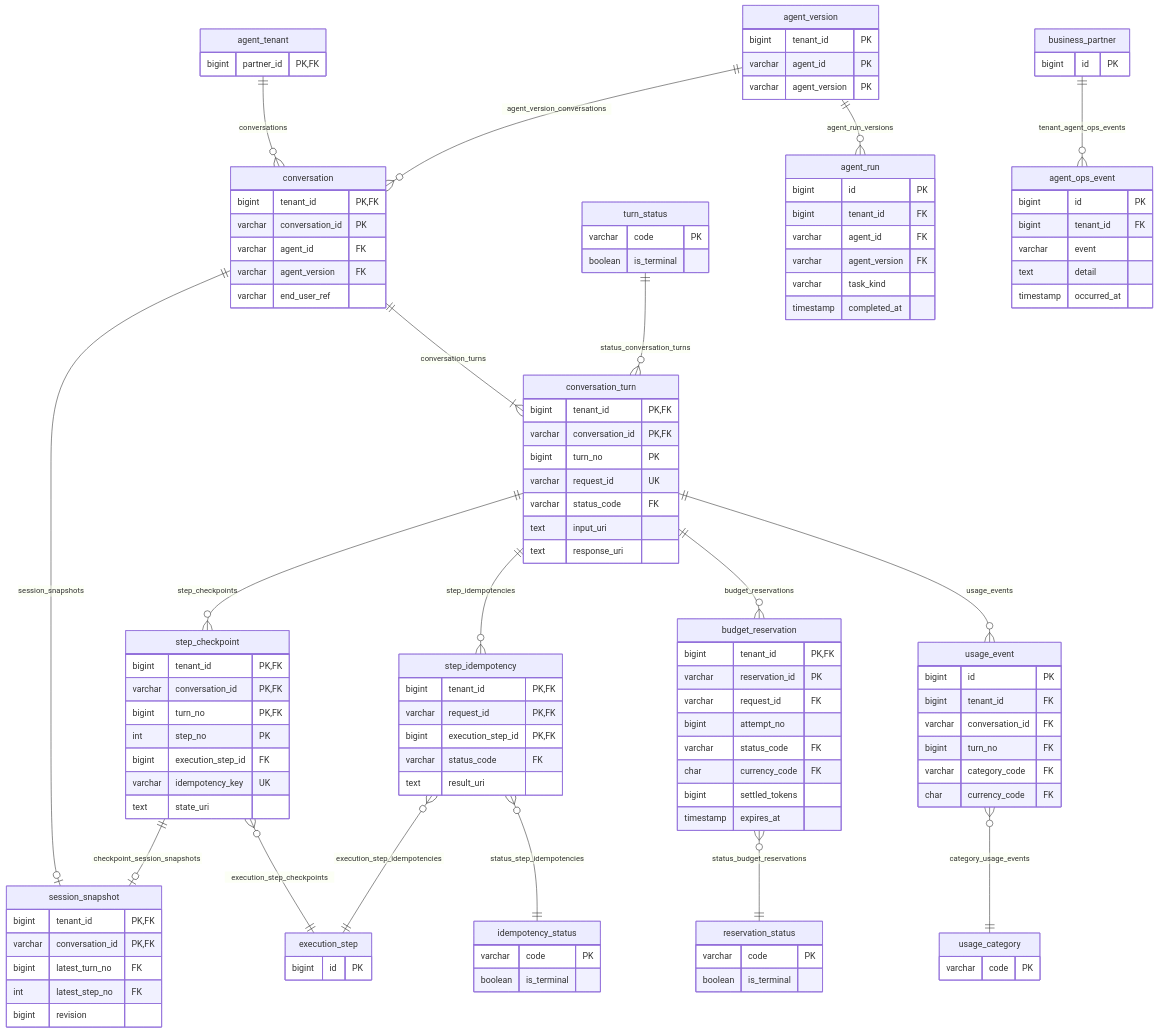
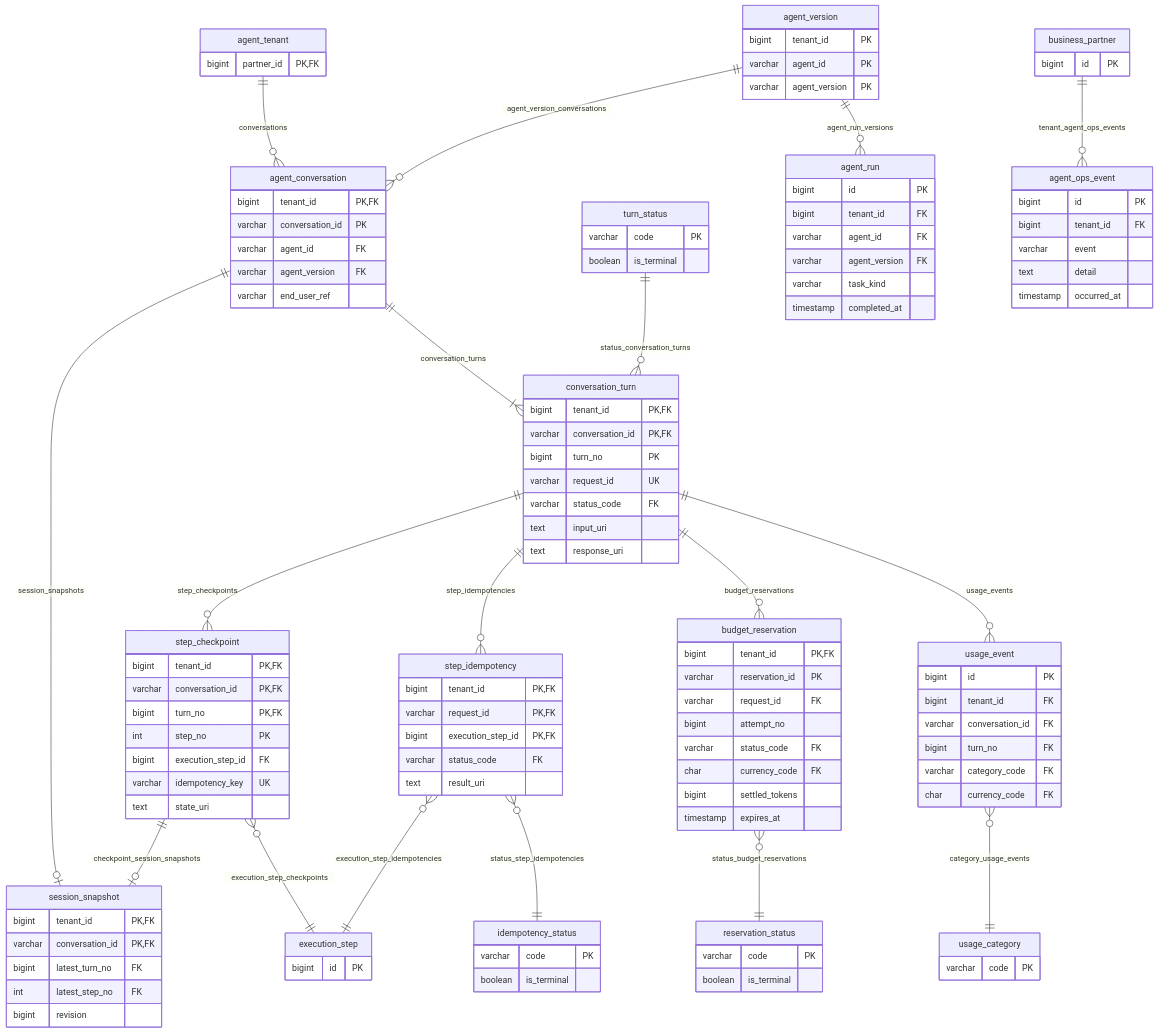
The fifth of 6 diagrams in DATABASE.md (nauticana/scout), drawn with Mermaid before and after one commit. The commit also changed other lines of this file and 5 other files, not shown here.

Commit message:
rename table conversation to agent_conversation and add index agent_conversation_user_ix

```diff
--- a/DATABASE.md
+++ b/DATABASE.md
@@ -368,7 +368,7 @@
     execution_step {
         bigint id PK
     }
-    conversation {
+    agent_conversation {
         bigint tenant_id PK,FK
         varchar conversation_id PK
         varchar agent_id FK
@@ -459,12 +459,12 @@
         bigint id PK
     }
 
-    agent_tenant ||--o{ conversation : conversations
-    agent_version ||--o{ conversation : agent_version_conversations
-    conversation ||--|{ conversation_turn : conversation_turns
+    agent_tenant ||--o{ agent_conversation : conversations
+    agent_version ||--o{ agent_conversation : agent_version_conversations
+    agent_conversation ||--|{ conversation_turn : conversation_turns
     turn_status ||--o{ conversation_turn : status_conversation_turns
     conversation_turn ||--o{ step_checkpoint : step_checkpoints
-    conversation ||--o| session_snapshot : session_snapshots
+    agent_conversation ||--o| session_snapshot : session_snapshots
     step_checkpoint ||--o| session_snapshot : checkpoint_session_snapshots
     conversation_turn ||--o{ step_idempotency : step_idempotencies
     step_checkpoint }o--|| execution_step : execution_step_checkpoints
```
